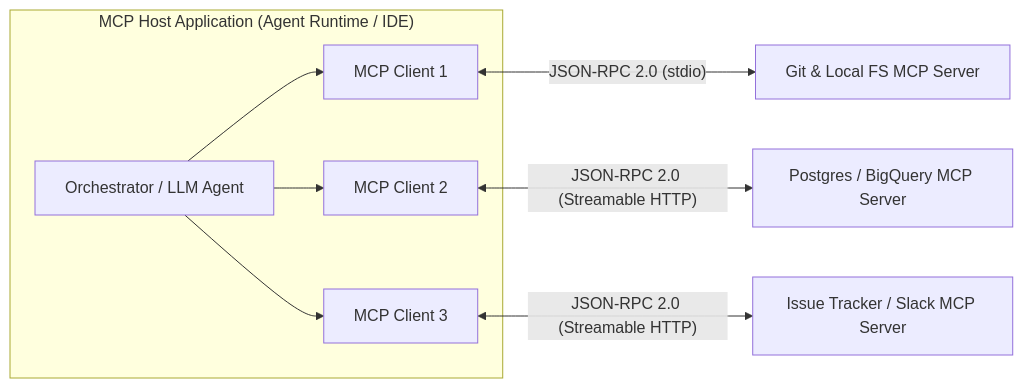
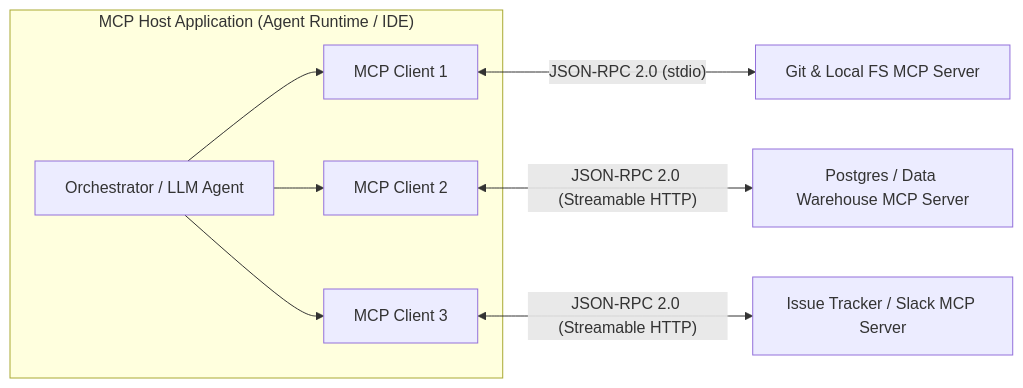
One commit to Rajdipc/agentic-ai-orchestration-patterns changed the first of 3 diagrams in chapter-09-mcp-and-a2a-interoperability.md. Above: the diagram before and after it, drawn with Mermaid. The commit also changed other lines of this file and 18 other files, not shown here.

````diff
--- a/chapter-09-mcp-and-a2a-interoperability.md
+++ b/chapter-09-mcp-and-a2a-interoperability.md
@@ -23,16 +23,16 @@
 ```mermaid
 flowchart LR
     subgraph Hosts["MCP Host Application (Agent Runtime / IDE)"]
         Agent["Orchestrator / LLM Agent"]
         C1["MCP Client 1"]
         C2["MCP Client 2"]
         C3["MCP Client 3"]
         Agent --> C1
         Agent --> C2
         Agent --> C3
     end
 
     C1 <-->|"JSON-RPC 2.0 (stdio)"| S1["Git & Local FS MCP Server"]
-    C2 <-->|"JSON-RPC 2.0 (Streamable HTTP)"| S2["Postgres / BigQuery MCP Server"]
+    C2 <-->|"JSON-RPC 2.0 (Streamable HTTP)"| S2["Postgres / Data Warehouse MCP Server"]
     C3 <-->|"JSON-RPC 2.0 (Streamable HTTP)"| S3["Issue Tracker / Slack MCP Server"]
 ```
````
